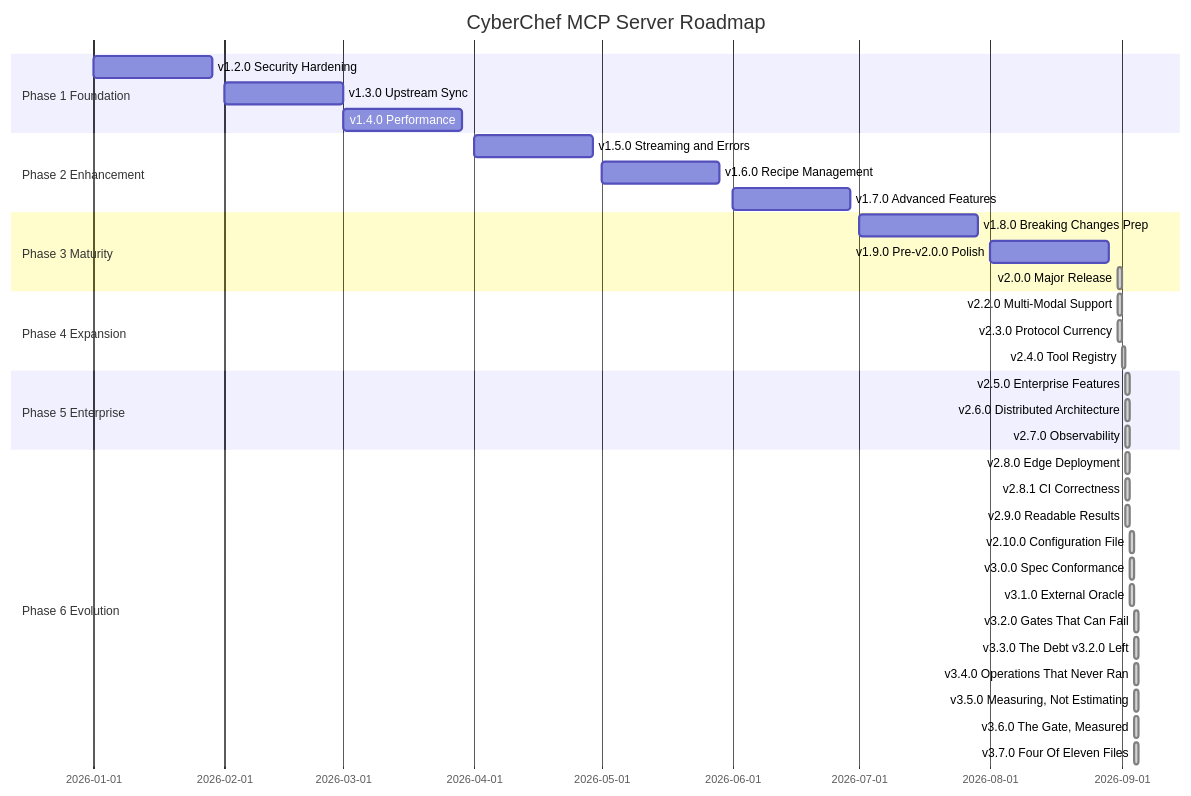
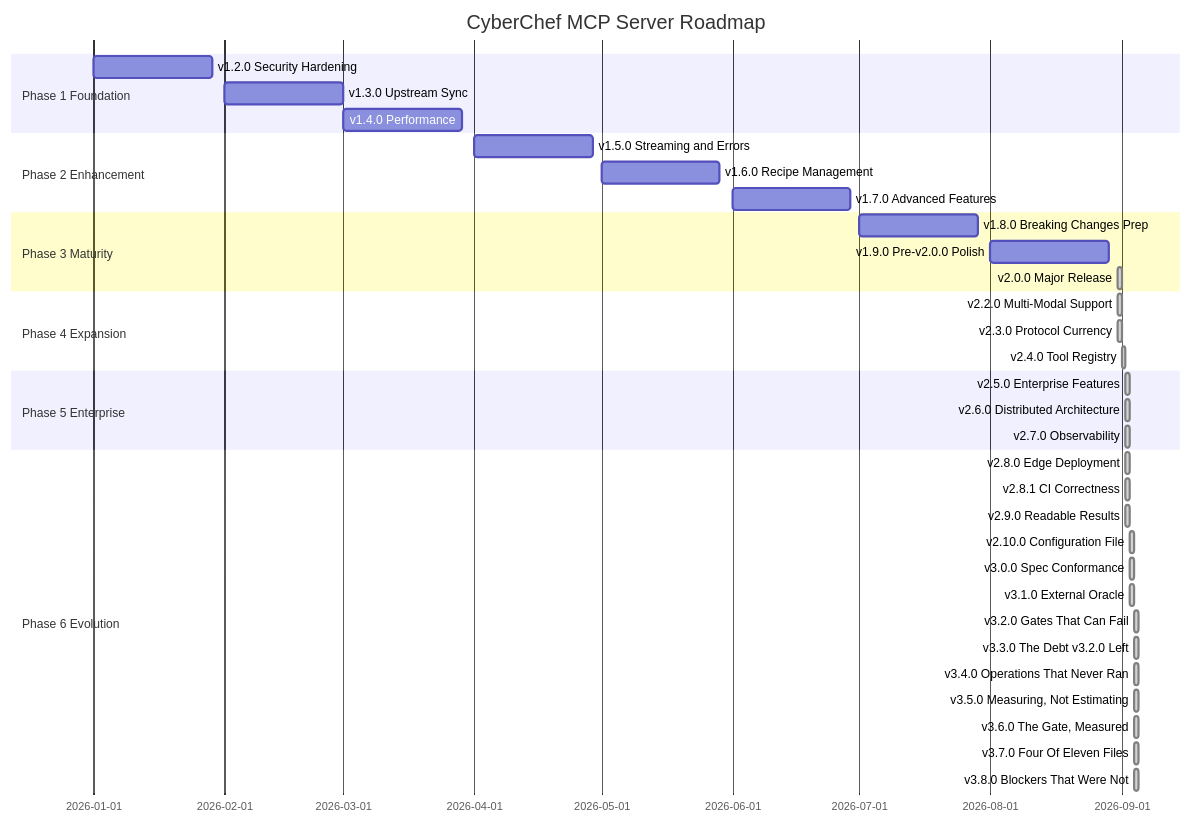
The diagram in docs/planning/ROADMAP.md (doublegate/CyberChef-MCP), drawn with Mermaid before and after one commit. The commit also changed other lines of this file and 29 other files, not shown here.

First line of the commit message:
feat(v3.8.0): two carried-forward blockers that were not blockers

````diff
--- a/docs/planning/ROADMAP.md
+++ b/docs/planning/ROADMAP.md
@@ -67,38 +67,39 @@
 ```mermaid
 gantt
     title CyberChef MCP Server Roadmap
     dateFormat YYYY-MM-DD
     section Phase 1 Foundation
     v1.2.0 Security Hardening           :2026-01-01, 4w
     v1.3.0 Upstream Sync                :2026-02-01, 4w
     v1.4.0 Performance                  :2026-03-01, 4w
     section Phase 2 Enhancement
     v1.5.0 Streaming and Errors         :2026-04-01, 4w
     v1.6.0 Recipe Management            :2026-05-01, 4w
     v1.7.0 Advanced Features            :2026-06-01, 4w
     section Phase 3 Maturity
     v1.8.0 Breaking Changes Prep        :2026-07-01, 4w
     v1.9.0 Pre-v2.0.0 Polish            :2026-08-01, 4w
     v2.0.0 Major Release                :done, 2026-08-31, 1d
     section Phase 4 Expansion
     v2.2.0 Multi-Modal Support          :done, 2026-08-31, 1d
     v2.3.0 Protocol Currency            :done, 2026-08-31, 1d
     v2.4.0 Tool Registry                :done, 2026-09-01, 1d
     section Phase 5 Enterprise
     v2.5.0 Enterprise Features          :done, 2026-09-02, 1d
     v2.6.0 Distributed Architecture     :done, 2026-09-02, 1d
     v2.7.0 Observability                :done, 2026-09-02, 1d
     section Phase 6 Evolution
     v2.8.0 Edge Deployment              :done, 2026-09-02, 1d
     v2.8.1 CI Correctness               :done, 2026-09-02, 1d
     v2.9.0 Readable Results             :done, 2026-09-02, 1d
     v2.10.0 Configuration File          :done, 2026-09-03, 1d
     v3.0.0 Spec Conformance             :done, 2026-09-03, 1d
     v3.1.0 External Oracle              :done, 2026-09-03, 1d
     v3.2.0 Gates That Can Fail          :done, 2026-09-04, 1d
     v3.3.0 The Debt v3.2.0 Left         :done, 2026-09-04, 1d
     v3.4.0 Operations That Never Ran    :done, 2026-09-04, 1d
     v3.5.0 Measuring, Not Estimating    :done, 2026-09-04, 1d
     v3.6.0 The Gate, Measured          :done, 2026-09-04, 1d
     v3.7.0 Four Of Eleven Files        :done, 2026-09-04, 1d
+    v3.8.0 Blockers That Were Not      :done, 2026-09-04, 1d
 ```
````
